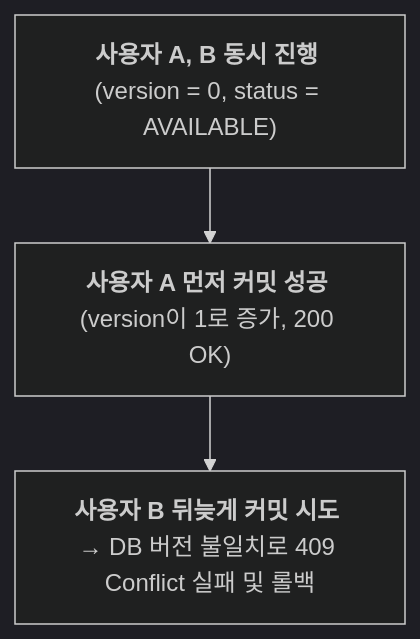
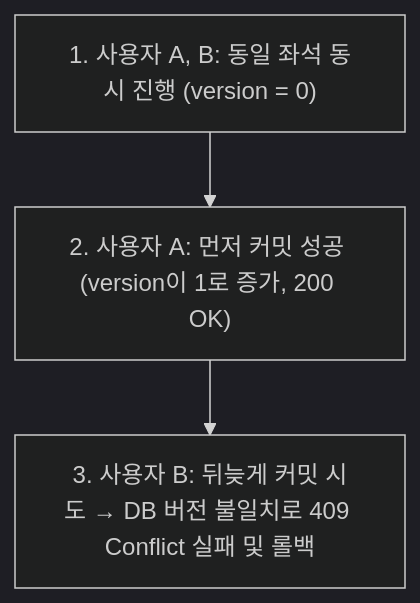
Before and after one commit to kikimansong/ticket-stream-v1: the third of 4 diagrams in process-flow.md, drawn with Mermaid (dark theme). The commit also changed other lines of this file and 1 other file, not shown here.

````diff
--- a/process-flow.md
+++ b/process-flow.md
@@ -61,6 +61,6 @@
 ```mermaid
 flowchart TD
-    O1["<b>사용자 A, B 동시 진행</b> (version = 0, status = AVAILABLE)"]
-    --> O2["<b>사용자 A 먼저 커밋 성공</b> (version이 1로 증가, 200 OK)"]
-    --> O3["<b>사용자 B 뒤늦게 커밋 시도</b> → DB 버전 불일치로 409 Conflict 실패 및 롤백"]
+    O1["1. 사용자 A, B: 동일 좌석 동시 진행 (version = 0)"]
+    --> O2["2. 사용자 A: 먼저 커밋 성공 (version이 1로 증가, 200 OK)"]
+    --> O3["3. 사용자 B: 뒤늦게 커밋 시도 → DB 버전 불일치로 409 Conflict 실패 및 롤백"]
 ```
````
